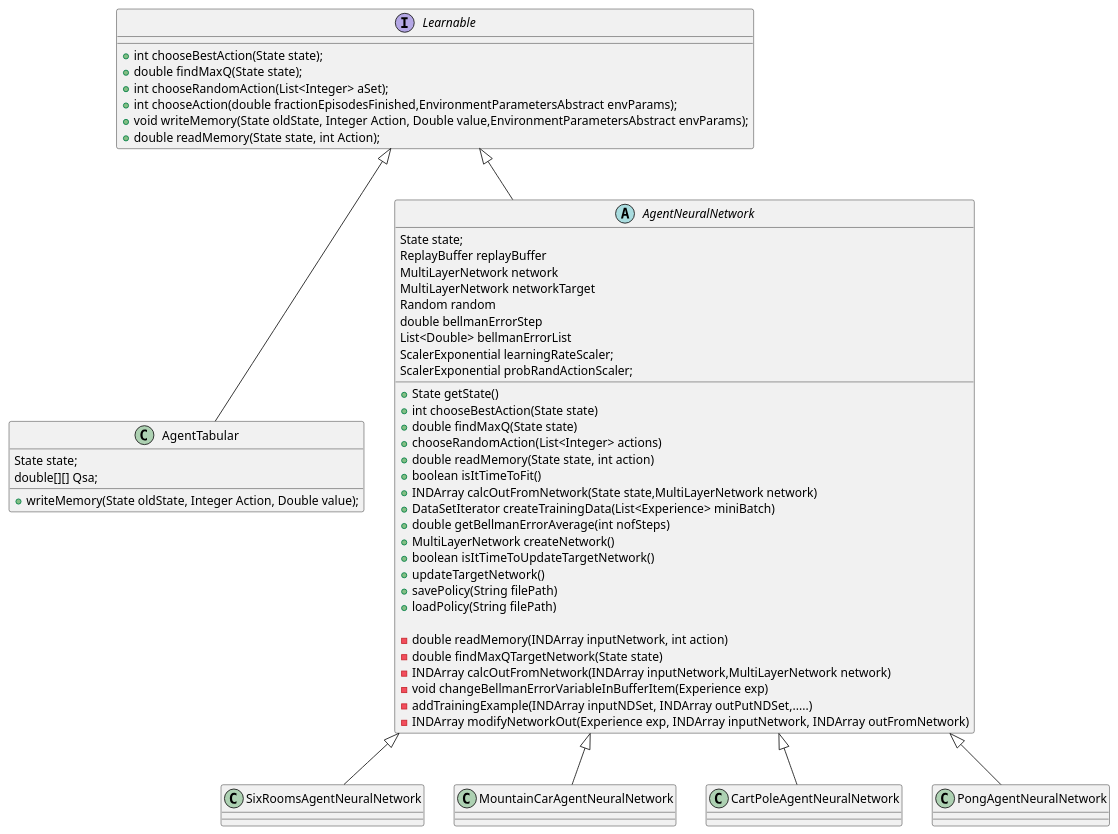
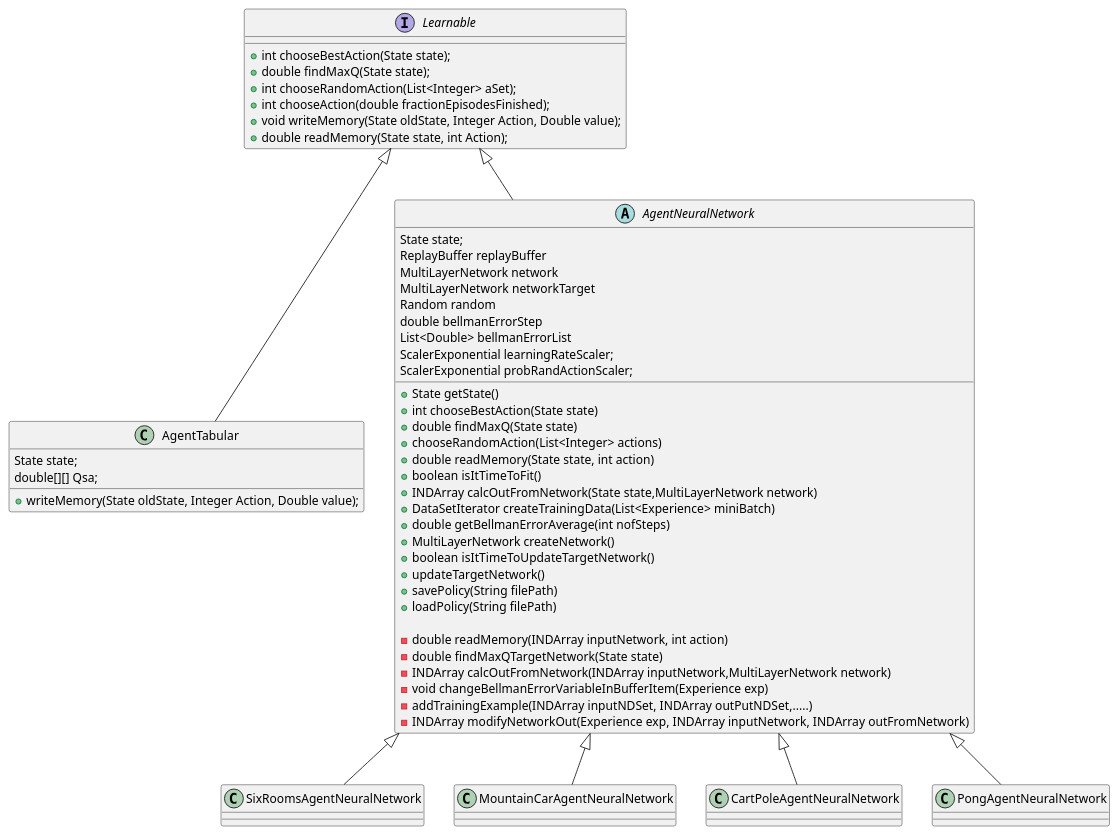
The diagram in src/main/java/java_ai_gym/plantuml/classes_agent.puml (JonasHellgren/MachineLearning), drawn with PlantUML before and after one commit. The commit also changed 15 other files, not shown here.

Commit message:
setNetworkInput(state, envParams)     envParams verkar inte behövas här och på andra ställen

```diff
--- a/src/main/java/java_ai_gym/plantuml/classes_agent.puml
+++ b/src/main/java/java_ai_gym/plantuml/classes_agent.puml
@@ -1,62 +1,62 @@
 @startuml
 'https://plantuml.com/class-diagram
 
 interface Learnable {
     + int chooseBestAction(State state);
     + double findMaxQ(State state);
     + int chooseRandomAction(List<Integer> aSet);
-    + int chooseAction(double fractionEpisodesFinished,EnvironmentParametersAbstract envParams);
-    + void writeMemory(State oldState, Integer Action, Double value,EnvironmentParametersAbstract envParams);
+    + int chooseAction(double fractionEpisodesFinished);
+    + void writeMemory(State oldState, Integer Action, Double value);
     + double readMemory(State state, int Action);
 }
 
 class AgentTabular {
 State state;
 double[][] Qsa;
 + writeMemory(State oldState, Integer Action, Double value);
 }
 
 abstract class AgentNeuralNetwork {
 State state;
 ReplayBuffer replayBuffer
 MultiLayerNetwork network
 MultiLayerNetwork networkTarget
 Random random
 double bellmanErrorStep
 List<Double> bellmanErrorList
 ScalerExponential learningRateScaler;
  ScalerExponential probRandActionScaler;
 
 + State getState()
 + int chooseBestAction(State state)
 + double findMaxQ(State state)
 + chooseRandomAction(List<Integer> actions)
 + double readMemory(State state, int action)
 + boolean isItTimeToFit()
 + INDArray calcOutFromNetwork(State state,MultiLayerNetwork network)
 + DataSetIterator createTrainingData(List<Experience> miniBatch)
 + double getBellmanErrorAverage(int nofSteps)
 + MultiLayerNetwork createNetwork()
 + boolean isItTimeToUpdateTargetNetwork()
 + updateTargetNetwork()
 + savePolicy(String filePath)
 + loadPolicy(String filePath)
 
 - double readMemory(INDArray inputNetwork, int action)
 - double findMaxQTargetNetwork(State state)
 - INDArray calcOutFromNetwork(INDArray inputNetwork,MultiLayerNetwork network)
 - void changeBellmanErrorVariableInBufferItem(Experience exp)
 - addTrainingExample(INDArray inputNDSet, INDArray outPutNDSet,.....)
 - INDArray modifyNetworkOut(Experience exp, INDArray inputNetwork, INDArray outFromNetwork)
 
 }
 
 Learnable  <|-- AgentTabular
 Learnable  <|-- AgentNeuralNetwork
 
 AgentNeuralNetwork  <|-- SixRoomsAgentNeuralNetwork
 AgentNeuralNetwork  <|-- MountainCarAgentNeuralNetwork
 AgentNeuralNetwork  <|-- CartPoleAgentNeuralNetwork
 AgentNeuralNetwork  <|-- PongAgentNeuralNetwork
 
 @enduml
```
